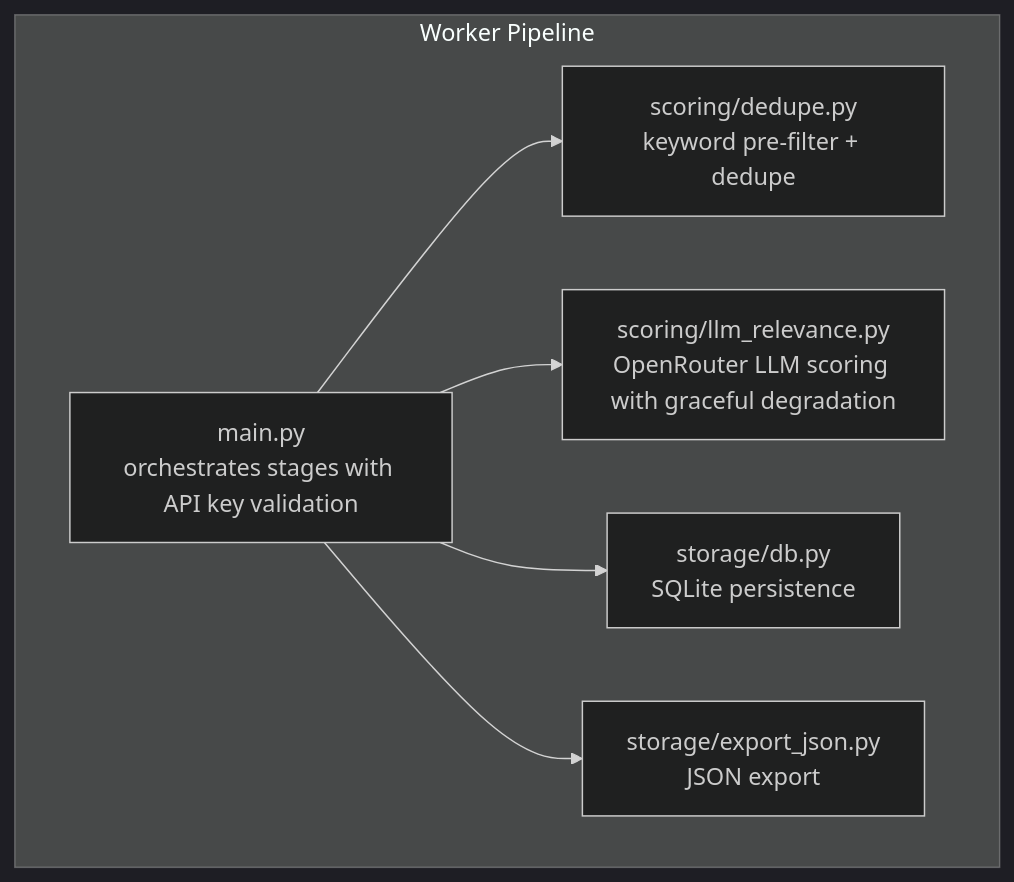
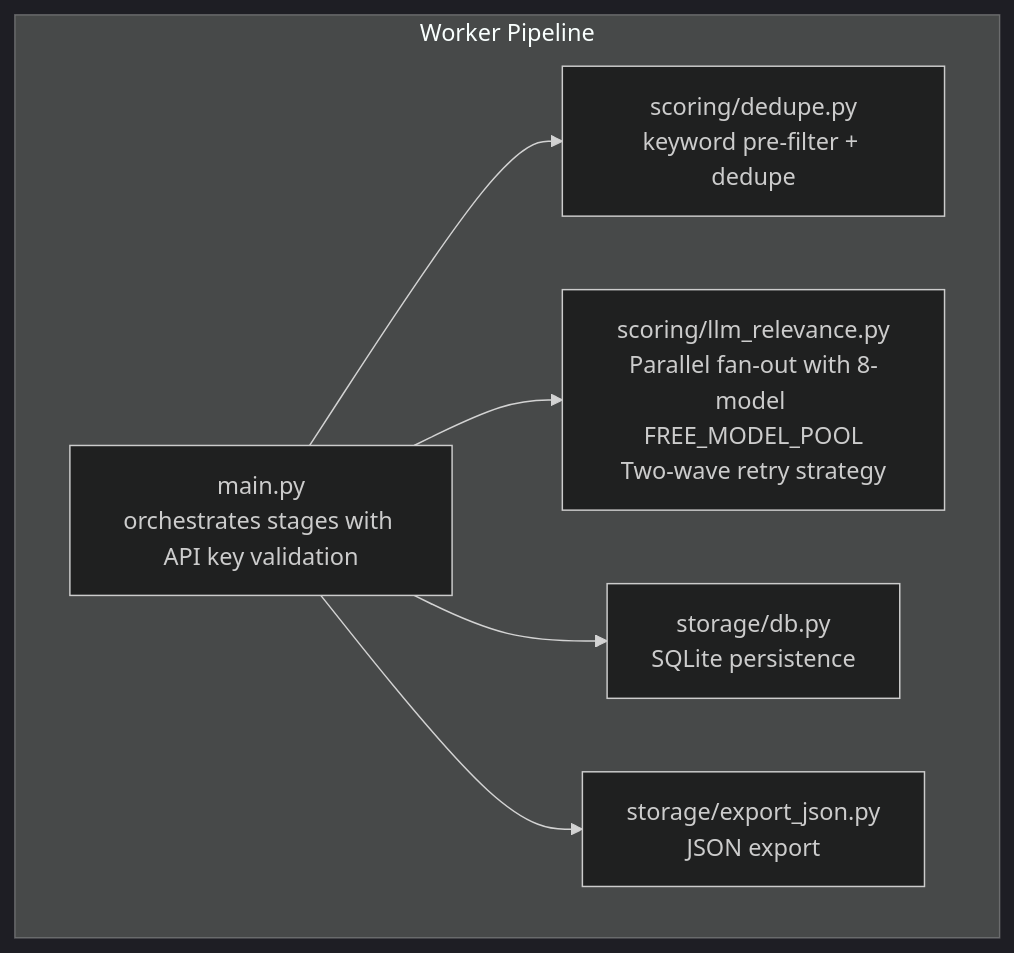
Before and after one commit to shakthi-vinayak/news: the first of 3 diagrams in .qoder/repowiki/en/content/Content Processing Pipeline/LLM Relevance Scoring.md, drawn with Mermaid (dark theme). The commit also changed other lines of this file and 55 other files, not shown here.

````diff
--- a/.qoder/repowiki/en/content/Content Processing Pipeline/LLM Relevance Scoring.md
+++ b/.qoder/repowiki/en/content/Content Processing Pipeline/LLM Relevance Scoring.md
@@ -45,14 +46,14 @@
 ```mermaid
 graph TB
 subgraph "Worker Pipeline"
 A["main.py<br/>orchestrates stages with API key validation"]
-B["scoring/llm_relevance.py<br/>OpenRouter LLM scoring with graceful degradation"]
+B["scoring/llm_relevance.py<br/>Parallel fan-out with 8-model FREE_MODEL_POOL<br/>Two-wave retry strategy"]
 C["scoring/dedupe.py<br/>keyword pre-filter + dedupe"]
 D["storage/db.py<br/>SQLite persistence"]
 E["storage/export_json.py<br/>JSON export"]
 end
 A --> C
 A --> B
 A --> D
 A --> E
 ```
````
